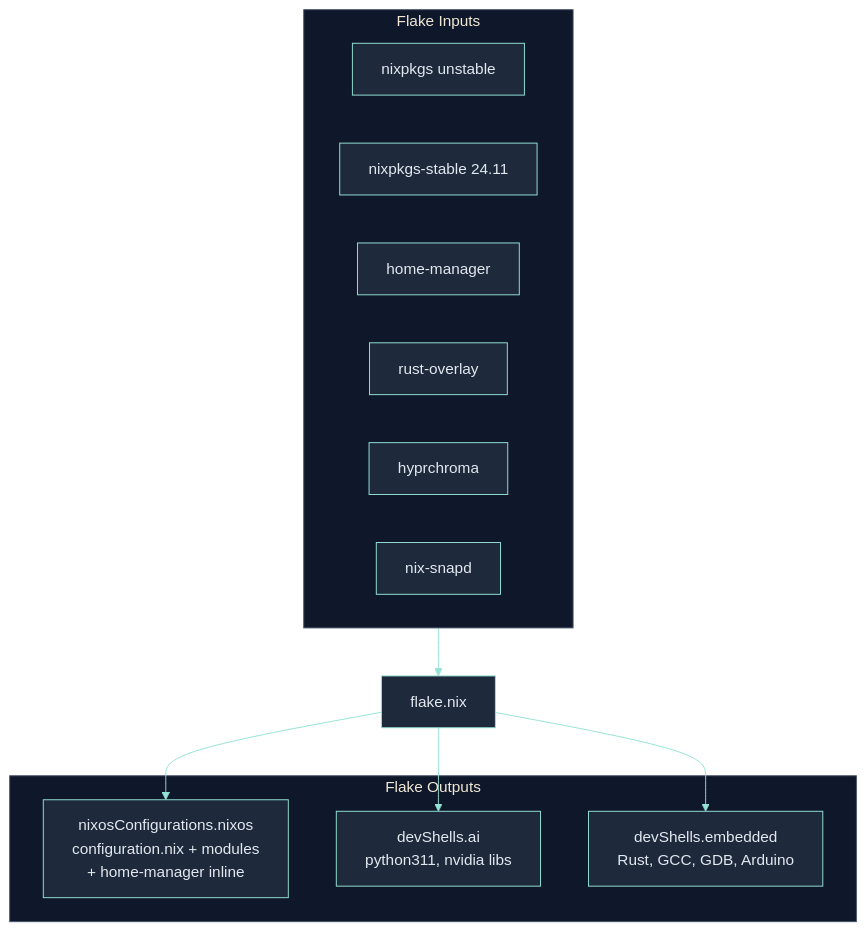
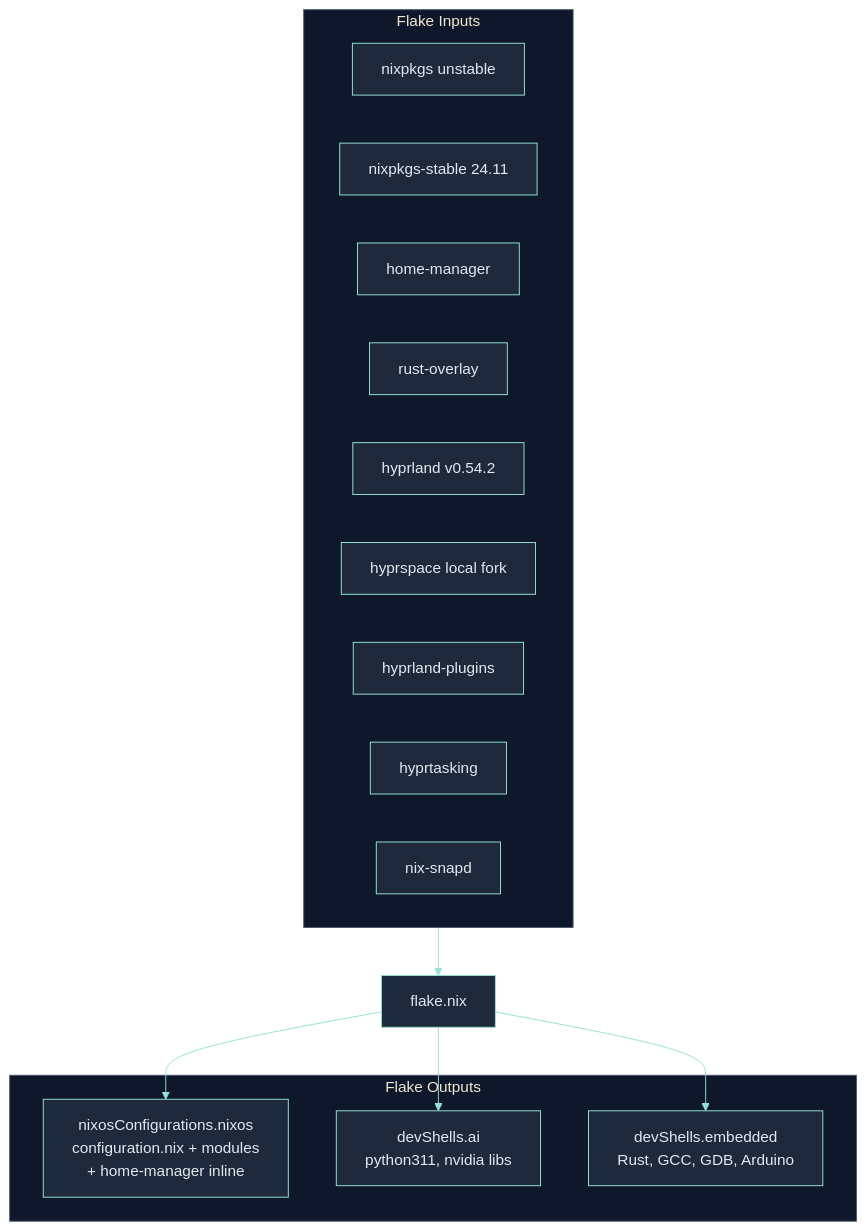
The first of 8 diagrams in docs/README.md (RomeoCavazza/nixos-config), drawn with Mermaid before and after one commit. The commit also changed other lines of this file and 2 other files, not shown here.

````diff
--- a/docs/README.md
+++ b/docs/README.md
@@ -11,25 +11,28 @@
 ```mermaid
 %%{init: {'theme': 'base', 'themeVariables': { 'primaryColor': '#1e293b', 'secondaryColor': '#0f172a', 'tertiaryColor': '#0f172a', 'primaryBorderColor': '#94e2d5', 'lineColor': '#94e2d5', 'primaryTextColor': '#e2e8f0', 'clusterBkg': '#0f172a', 'clusterBorder': '#475569' }}}%%
 flowchart TD
   subgraph in["Flake Inputs"]
     np[nixpkgs unstable]
     nps[nixpkgs-stable 24.11]
     hm[home-manager]
     ro[rust-overlay]
-    hc[hyprchroma]
+    hl[hyprland v0.54.2]
+    hs[hyprspace local fork]
+    hp[hyprland-plugins]
+    ht[hyprtasking]
     sn[nix-snapd]
   end
 
   flake[flake.nix]
 
   subgraph out["Flake Outputs"]
     sys["nixosConfigurations.nixos\nconfiguration.nix + modules\n+ home-manager inline"]
     ai["devShells.ai\npython311, nvidia libs"]
     emb["devShells.embedded\nRust, GCC, GDB, Arduino"]
   end
 
   in --> flake
   flake --> sys
   flake --> ai
   flake --> emb
 ```
````
